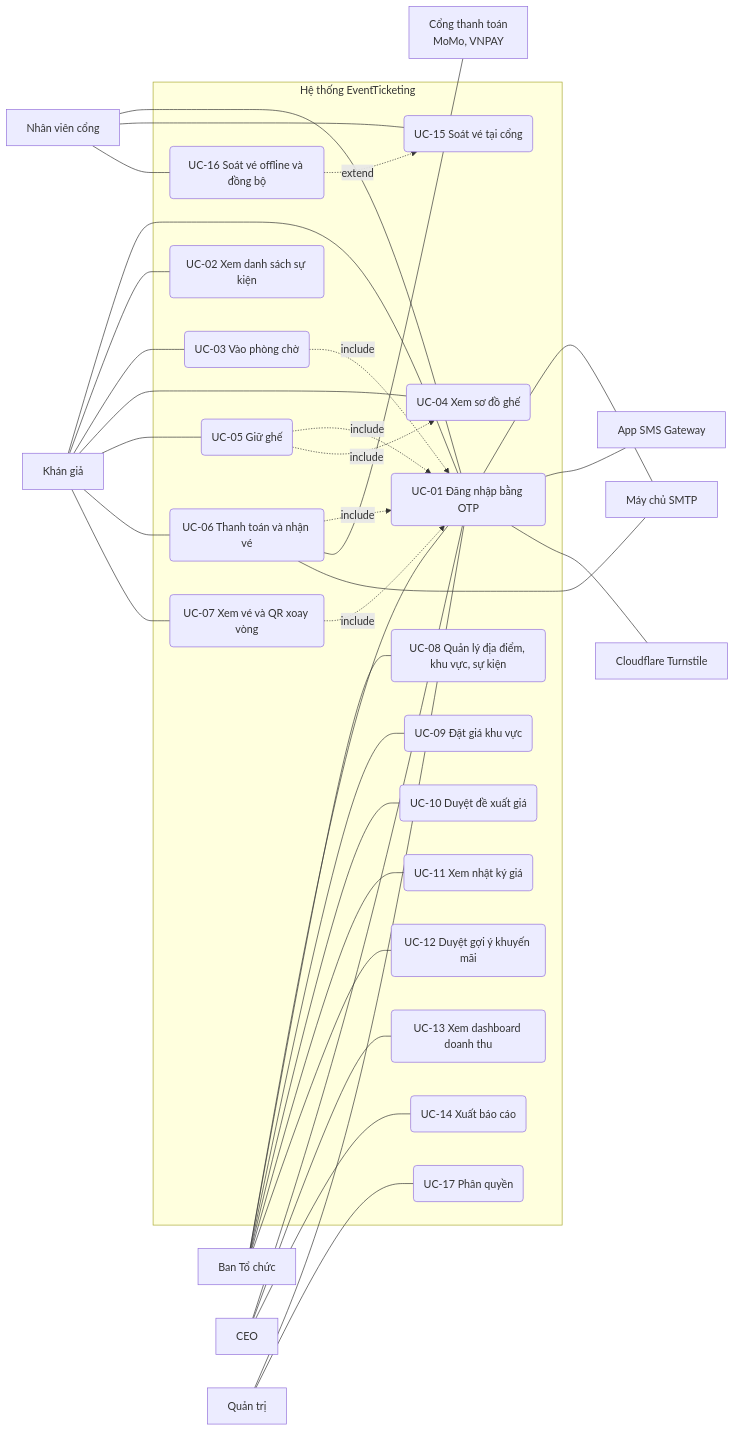
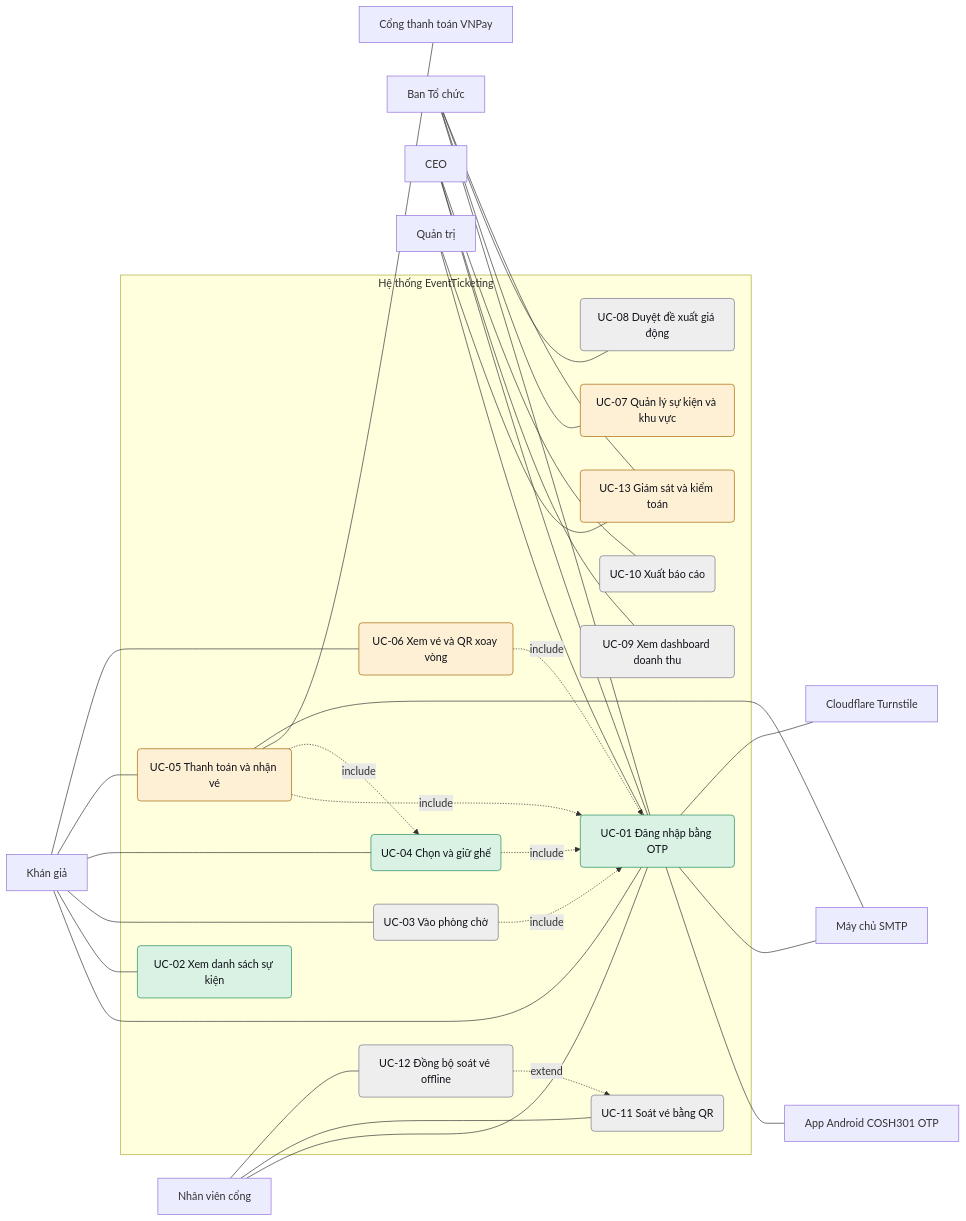
The diagram in docs/use-cases.md (nhansp/COSH301), drawn with Mermaid before and after one commit. The commit also changed other lines of this file, not shown here.

````diff
--- a/docs/use-cases.md
+++ b/docs/use-cases.md
@@ -34,72 +39,72 @@
 ```mermaid
 flowchart LR
     KG["Khán giả"]
     BTC["Ban Tổ chức"]
     CEO["CEO"]
     NV["Nhân viên cổng"]
     QT["Quản trị"]
 
     subgraph HT["Hệ thống EventTicketing"]
         UC01("UC-01 Đăng nhập bằng OTP")
         UC02("UC-02 Xem danh sách sự kiện")
         UC03("UC-03 Vào phòng chờ")
-        UC04("UC-04 Xem sơ đồ ghế")
-        UC05("UC-05 Giữ ghế")
-        UC06("UC-06 Thanh toán và nhận vé")
-        UC07("UC-07 Xem vé và QR xoay vòng")
-        UC08("UC-08 Quản lý địa điểm, khu vực, sự kiện")
-        UC09("UC-09 Đặt giá khu vực")
-        UC10("UC-10 Duyệt đề xuất giá")
-        UC11("UC-11 Xem nhật ký giá")
-        UC12("UC-12 Duyệt gợi ý khuyến mãi")
-        UC13("UC-13 Xem dashboard doanh thu")
-        UC14("UC-14 Xuất báo cáo")
-        UC15("UC-15 Soát vé tại cổng")
-        UC16("UC-16 Soát vé offline và đồng bộ")
-        UC17("UC-17 Phân quyền")
+        UC04("UC-04 Chọn và giữ ghế")
+        UC05("UC-05 Thanh toán và nhận vé")
+        UC06("UC-06 Xem vé và QR xoay vòng")
+        UC07("UC-07 Quản lý sự kiện và khu vực")
+        UC08("UC-08 Duyệt đề xuất giá động")
+        UC09("UC-09 Xem dashboard doanh thu")
+        UC10("UC-10 Xuất báo cáo")
+        UC11("UC-11 Soát vé bằng QR")
+        UC12("UC-12 Đồng bộ soát vé offline")
+        UC13("UC-13 Giám sát và kiểm toán")
     end
 
-    PAY["Cổng thanh toán<br/>MoMo, VNPAY"]
+    PAY["Cổng thanh toán VNPay"]
+    APP["App Android COSH301 OTP"]
     SMTP["Máy chủ SMTP"]
-    SMS["App SMS Gateway"]
     TS["Cloudflare Turnstile"]
 
     KG --- UC01
     KG --- UC02
     KG --- UC03
     KG --- UC04
     KG --- UC05
     KG --- UC06
-    KG --- UC07
 
     BTC --- UC01
+    BTC --- UC07
     BTC --- UC08
-    BTC --- UC09
-    BTC --- UC10
-    BTC --- UC11
-    BTC --- UC12
+    BTC --- UC13
 
     CEO --- UC01
-    CEO --- UC13
-    CEO --- UC14
+    CEO --- UC09
+    CEO --- UC10
 
     NV --- UC01
-    NV --- UC15
-    NV --- UC16
+    NV --- UC11
+    NV --- UC12
 
     QT --- UC01
-    QT --- UC17
+    QT --- UC13
 
     UC03 -.->|"include"| UC01
+    UC04 -.->|"include"| UC01
     UC05 -.->|"include"| UC01
+    UC05 -.->|"include"| UC04
     UC06 -.->|"include"| UC01
-    UC07 -.->|"include"| UC01
-    UC05 -.->|"include"| UC04
-    UC16 -.->|"extend"| UC15
+    UC12 -.->|"extend"| UC11
 
+    UC01 --- APP
     UC01 --- SMTP
-    UC01 --- SMS
     UC01 --- TS
-    UC06 --- PAY
-    UC06 --- SMTP
+    UC05 --- PAY
+    UC05 --- SMTP
+
+    classDef done fill:#d9f2e3,stroke:#1f8a5b,color:#11121a
+    classDef partial fill:#fdf0d5,stroke:#a86400,color:#11121a
+    classDef planned fill:#eeeeee,stroke:#777687,color:#11121a
+    class UC01,UC02,UC04 done
+    class UC05,UC06,UC07,UC13 partial
+    class UC03,UC08,UC09,UC10,UC11,UC12 planned
 ```
````
